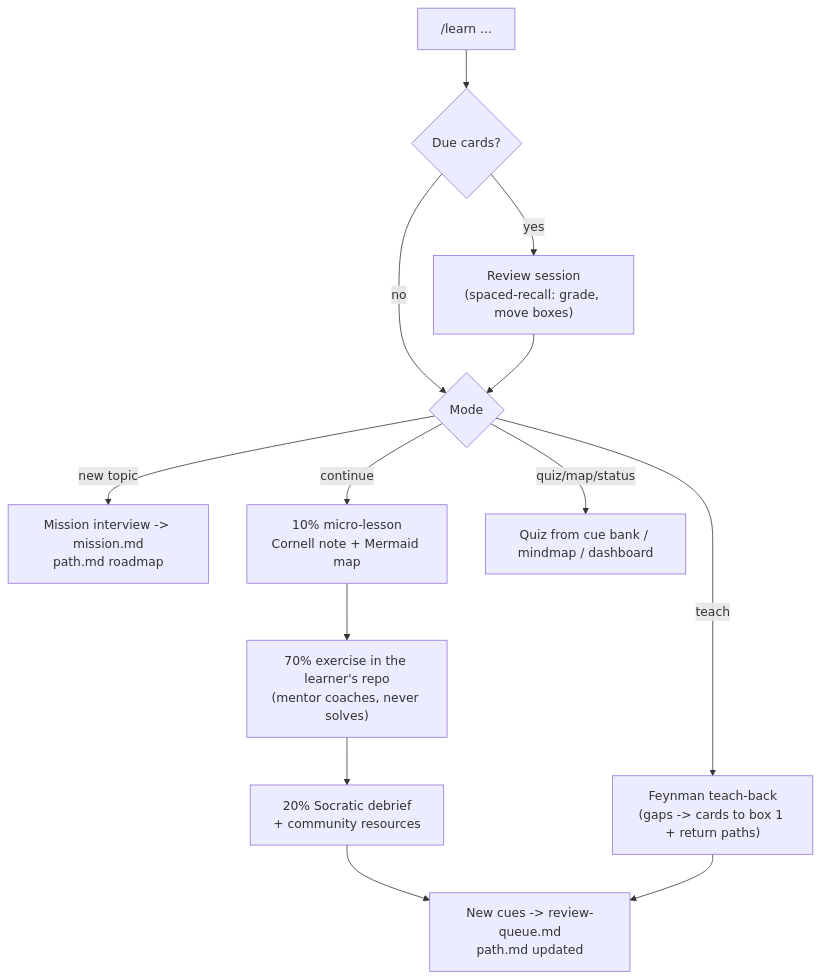
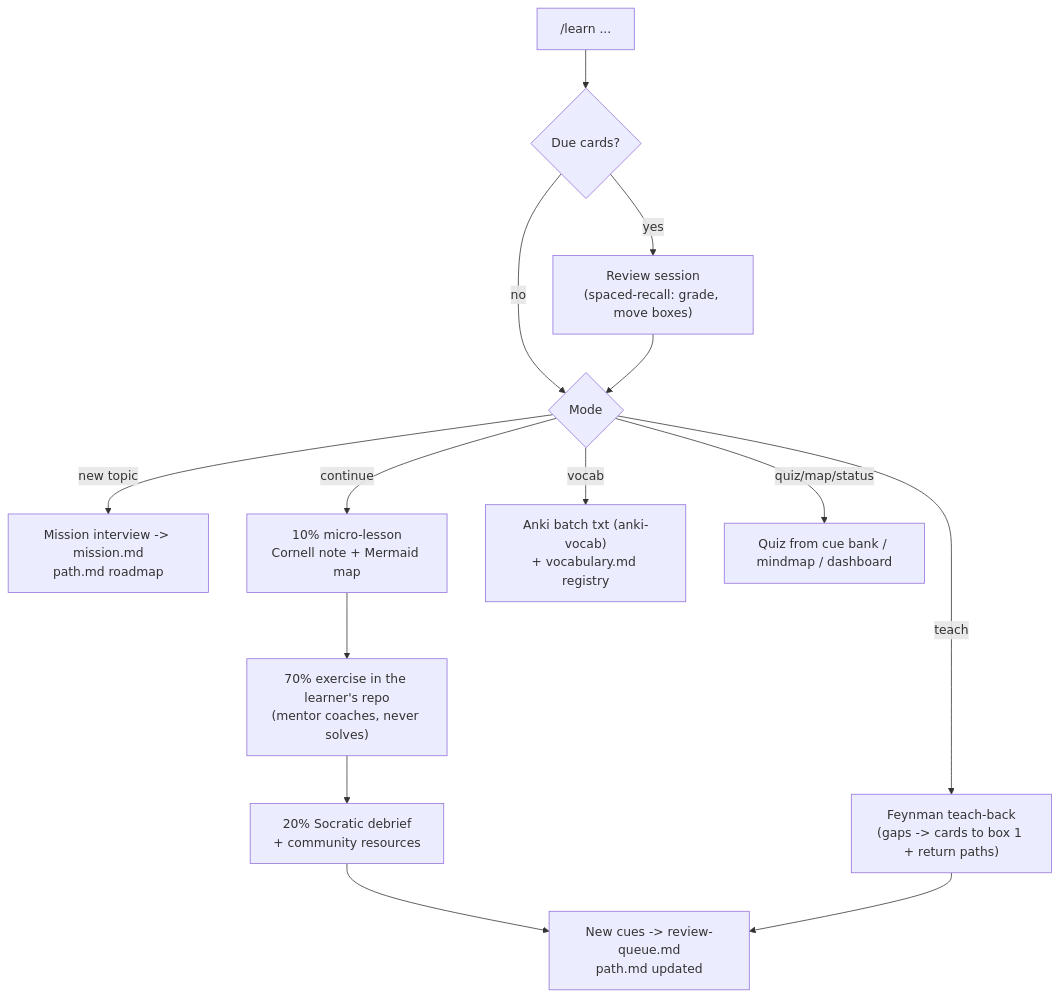
The diagram in domains/learning/README.md (andresnator/agents-orchestrator), drawn with Mermaid before and after one commit. The commit also changed other lines of this file and 9 other files, not shown here.

Commit message:
feat: enhance learning domain with Anki vocab exports and update documentation

````diff
--- a/domains/learning/README.md
+++ b/domains/learning/README.md
@@ -9,15 +9,16 @@
 ```mermaid
 graph TD
     L["/learn ..."] --> D{Due cards?}
     D -- yes --> R["Review session<br/>(spaced-recall: grade, move boxes)"]
     D -- no --> M{Mode}
     R --> M
     M -- new topic --> MI["Mission interview -> mission.md<br/>path.md roadmap"]
     M -- continue --> TEN["10% micro-lesson<br/>Cornell note + Mermaid map"]
     TEN --> SEV["70% exercise in the learner's repo<br/>(mentor coaches, never solves)"]
     SEV --> TWE["20% Socratic debrief<br/>+ community resources"]
     TWE --> Q["New cues -> review-queue.md<br/>path.md updated"]
     M -- teach --> F["Feynman teach-back<br/>(gaps -> cards to box 1 + return paths)"]
     F --> Q
+    M -- vocab --> V["Anki batch txt (anki-vocab)<br/>+ vocabulary.md registry"]
     M -- quiz/map/status --> A["Quiz from cue bank / mindmap / dashboard"]
 ```
````
